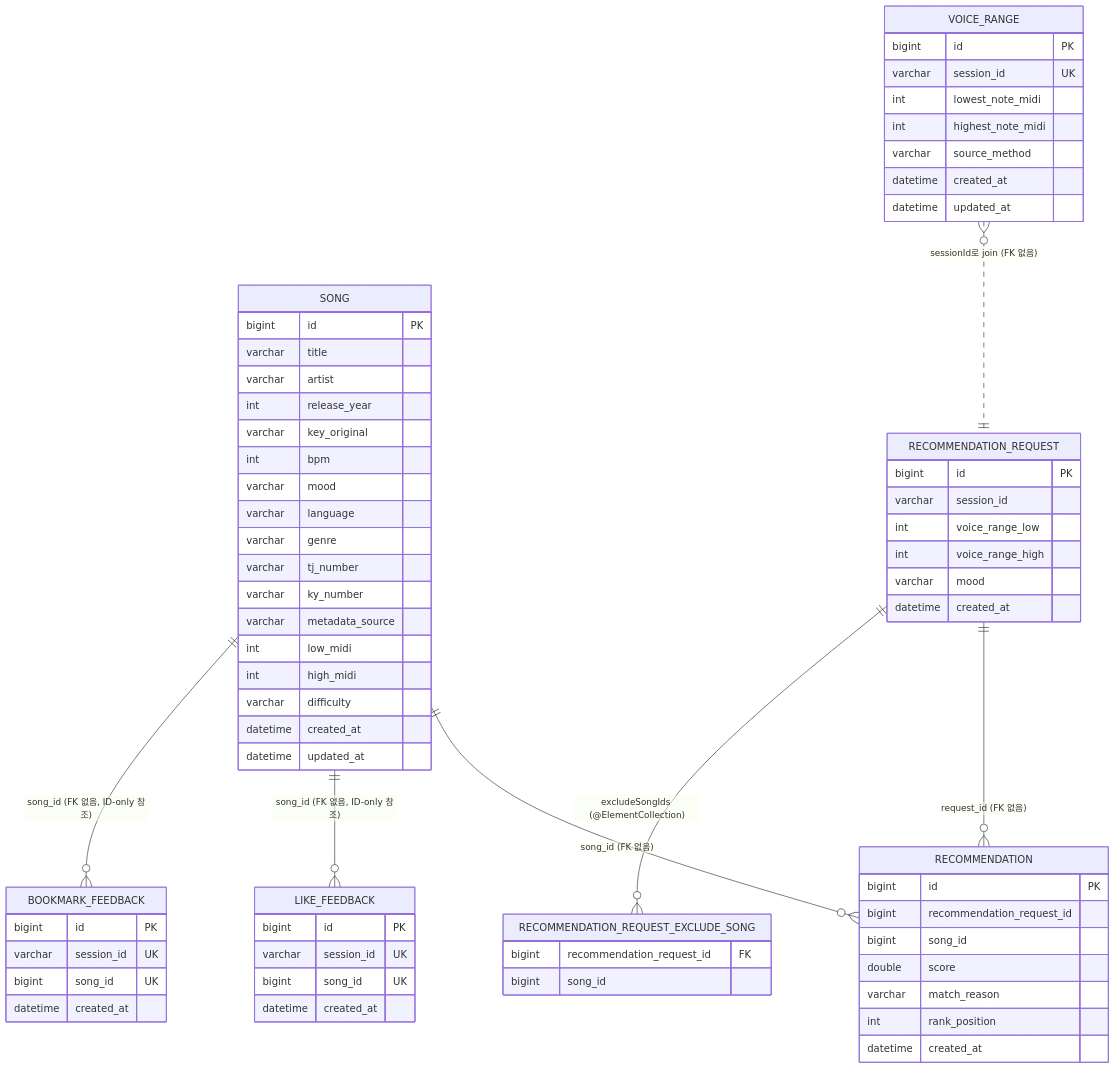
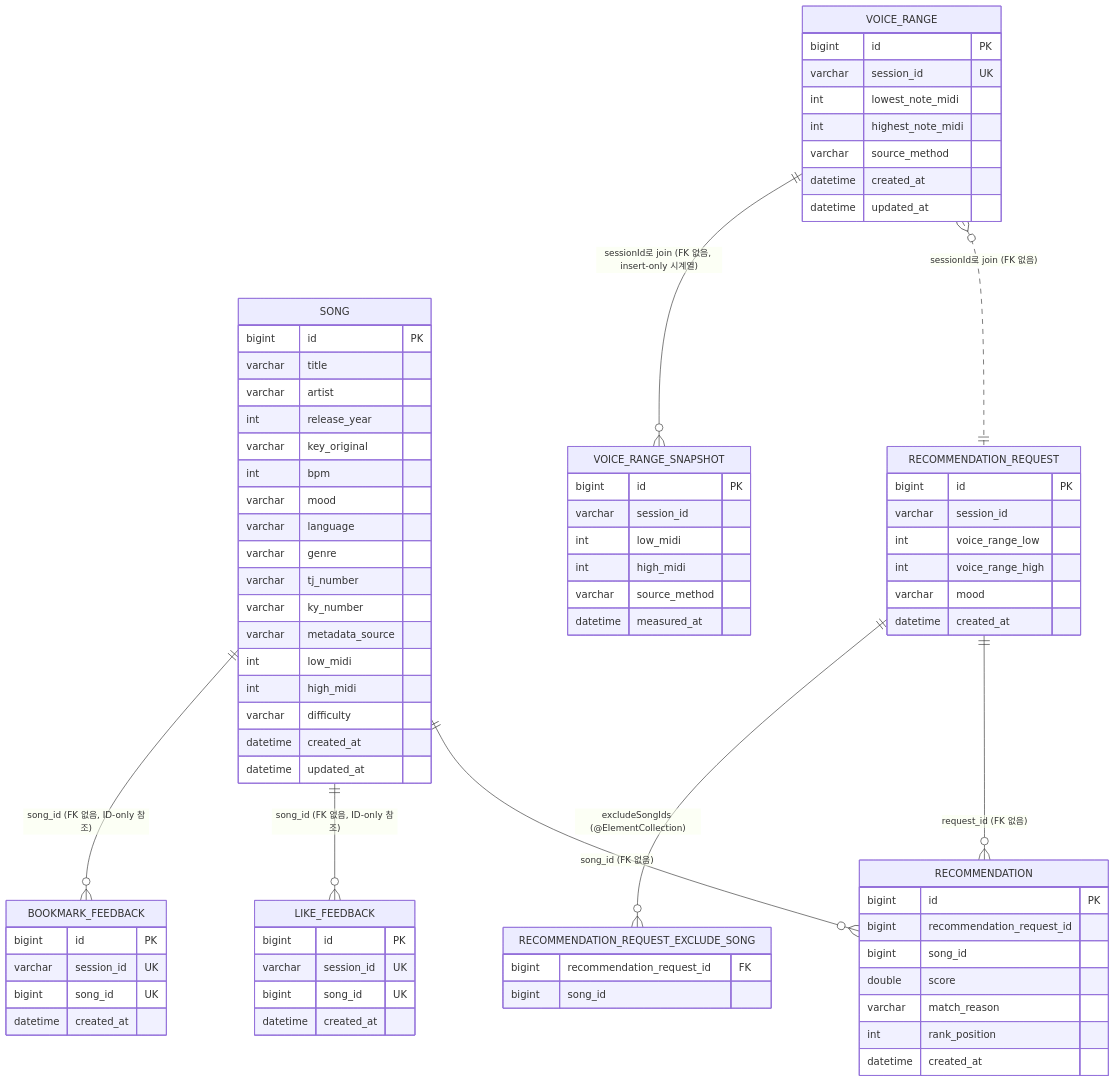
The diagram in docs/ai-harness/06-domain-model.md (goohong/mobruji), drawn with Mermaid before and after one commit. The commit also changed other lines of this file and 8 other files, not shown here.

First line of the commit message:
feat(voice): VoiceRangeSnapshot 엔티티 + V5 마이그레이션 (spec PR A)

````diff
--- a/docs/ai-harness/06-domain-model.md
+++ b/docs/ai-harness/06-domain-model.md
@@ -203,10 +222,20 @@
         datetime created_at
     }
 
+    VOICE_RANGE_SNAPSHOT {
+        bigint id PK
+        varchar session_id
+        int low_midi
+        int high_midi
+        varchar source_method
+        datetime measured_at
+    }
+
     SONG ||--o{ RECOMMENDATION : "song_id (FK 없음)"
     RECOMMENDATION_REQUEST ||--o{ RECOMMENDATION : "request_id (FK 없음)"
     RECOMMENDATION_REQUEST ||--o{ RECOMMENDATION_REQUEST_EXCLUDE_SONG : "excludeSongIds (@ElementCollection)"
     VOICE_RANGE }o..|| RECOMMENDATION_REQUEST : "sessionId로 join (FK 없음)"
     SONG ||--o{ LIKE_FEEDBACK : "song_id (FK 없음, ID-only 참조)"
     SONG ||--o{ BOOKMARK_FEEDBACK : "song_id (FK 없음, ID-only 참조)"
+    VOICE_RANGE ||--o{ VOICE_RANGE_SNAPSHOT : "sessionId로 join (FK 없음, insert-only 시계열)"
 ```
````
